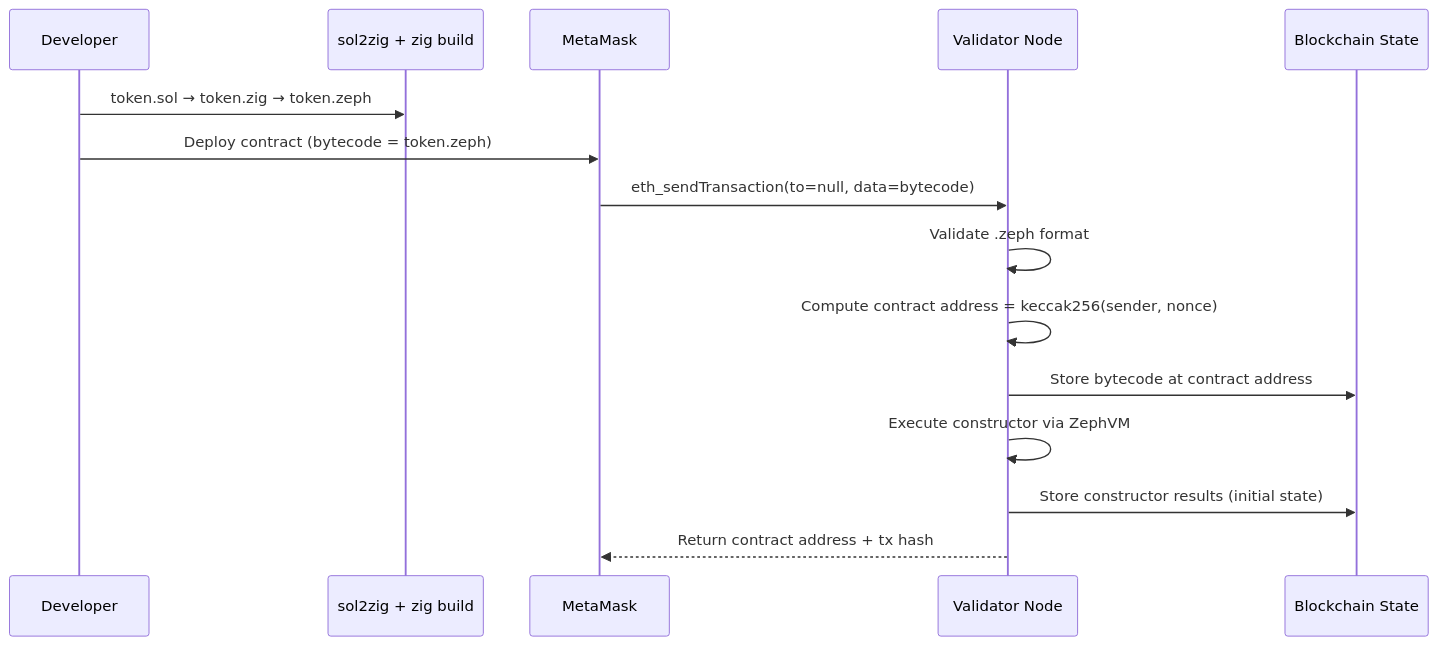
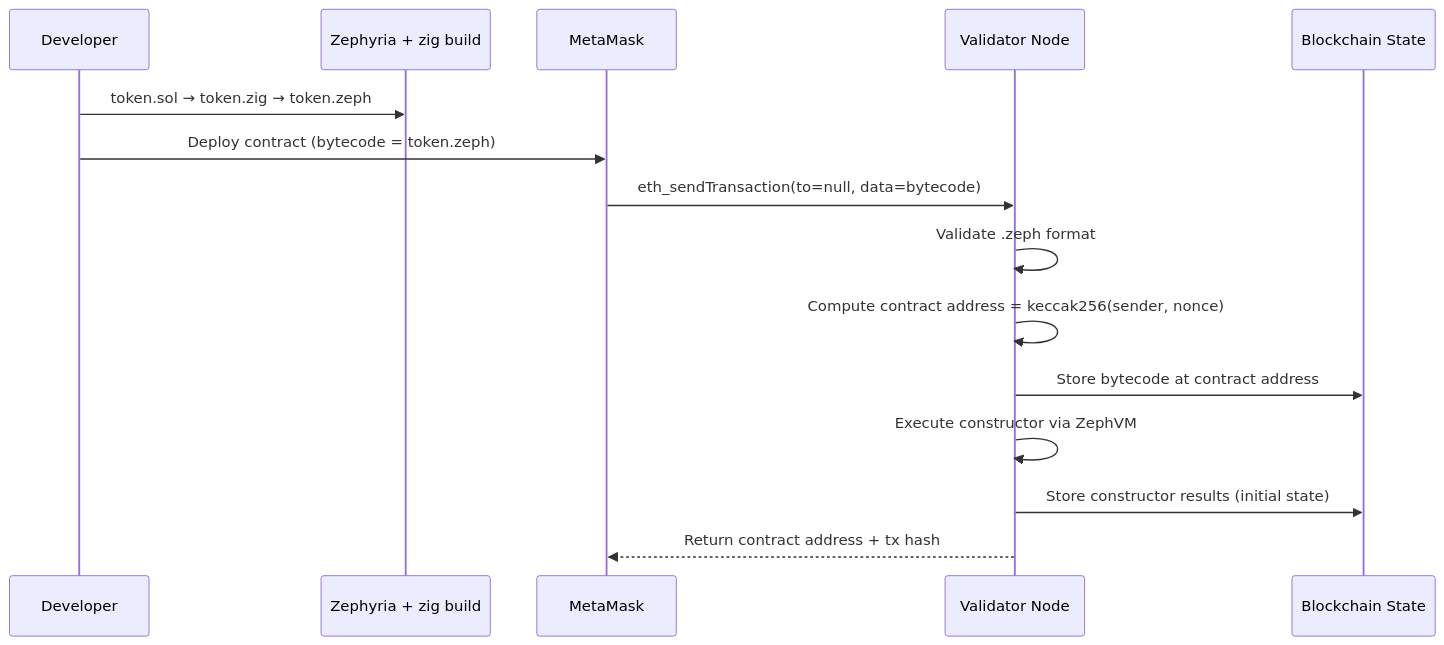
One commit to 0xZephyria/Zeph-Dev changed the fifth of 9 diagrams in docs/research/zephyria_bytecode_vm_research.md. Above: the diagram before and after it, drawn with Mermaid. The commit also changed other lines of this file and 37 other files, not shown here.

````diff
--- a/docs/research/zephyria_bytecode_vm_research.md
+++ b/docs/research/zephyria_bytecode_vm_research.md
@@ -432,18 +432,18 @@
 ```mermaid
 sequenceDiagram
     participant Dev as Developer
-    participant Compiler as sol2zig + zig build
+    participant Compiler as Zephyria + zig build
     participant Wallet as MetaMask
     participant Node as Validator Node
     participant Chain as Blockchain State
 
     Dev->>Compiler: token.sol → token.zig → token.zeph
     Dev->>Wallet: Deploy contract (bytecode = token.zeph)
     Wallet->>Node: eth_sendTransaction(to=null, data=bytecode)
     Node->>Node: Validate .zeph format
     Node->>Node: Compute contract address = keccak256(sender, nonce)
     Node->>Chain: Store bytecode at contract address
     Node->>Node: Execute constructor via ZephVM
     Node->>Chain: Store constructor results (initial state)
     Node-->>Wallet: Return contract address + tx hash
 ```
````
